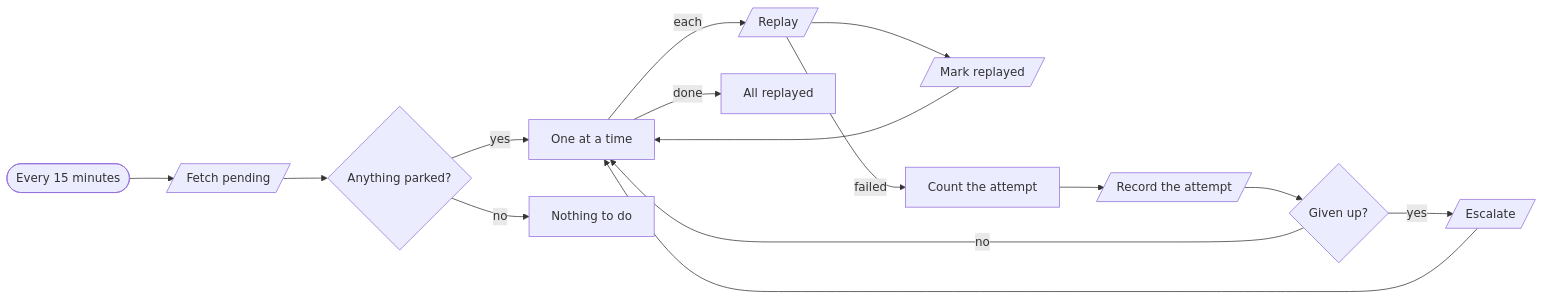
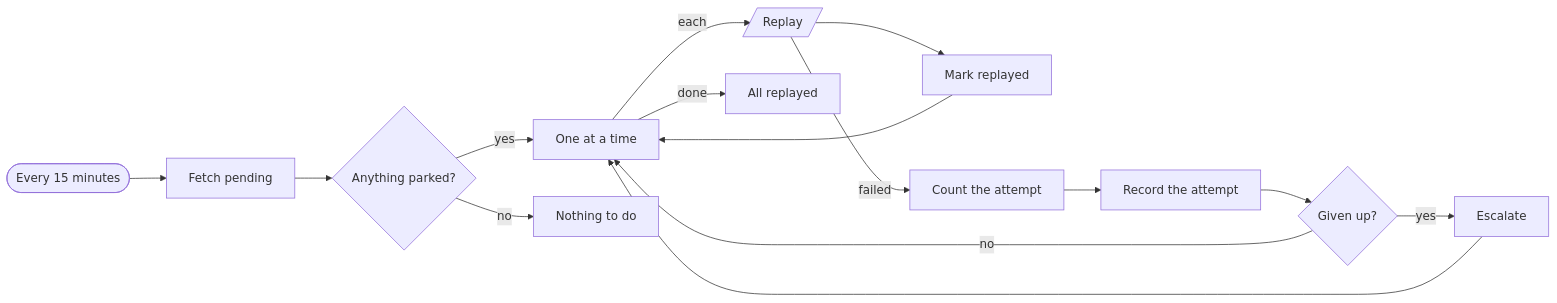
Before and after one commit to kimjoshuadr/n8n-workflows: the fifth of 6 diagrams in shared/README.md, drawn with Mermaid. The commit also changed other lines of this file and 179 other files, not shown here.

````diff
--- a/shared/README.md
+++ b/shared/README.md
@@ -163,29 +178,29 @@
 ```mermaid
 flowchart LR
   n1cdh6b3(["Every 15 minutes"])
-  nubhe96[/"Fetch pending"/]
+  nubhe96["Fetch pending"]
   n12bcq1r{"Anything parked?"}
   n1qk8jp4["One at a time"]
   n13twwe[/"Replay"/]
-  n1bsctte[/"Mark replayed"/]
+  n1bsctte["Mark replayed"]
   ny6ql3a["Count the attempt"]
-  noto20m[/"Record the attempt"/]
+  noto20m["Record the attempt"]
   nyny17e{"Given up?"}
-  nzd66hl[/"Escalate"/]
+  nzd66hl["Escalate"]
   n1pcqira["Nothing to do"]
   n1jic26k["All replayed"]
   n1cdh6b3 --> nubhe96
   nubhe96 --> n12bcq1r
   n12bcq1r -->|yes| n1qk8jp4
   n12bcq1r -->|no| n1pcqira
   n1qk8jp4 -->|done| n1jic26k
   n1qk8jp4 -->|each| n13twwe
   n13twwe --> n1bsctte
   n1bsctte --> n1qk8jp4
   n13twwe -->|failed| ny6ql3a
   ny6ql3a --> noto20m
   noto20m --> nyny17e
   nyny17e -->|yes| nzd66hl
   nzd66hl --> n1qk8jp4
   nyny17e -->|no| n1qk8jp4
 ```
````
